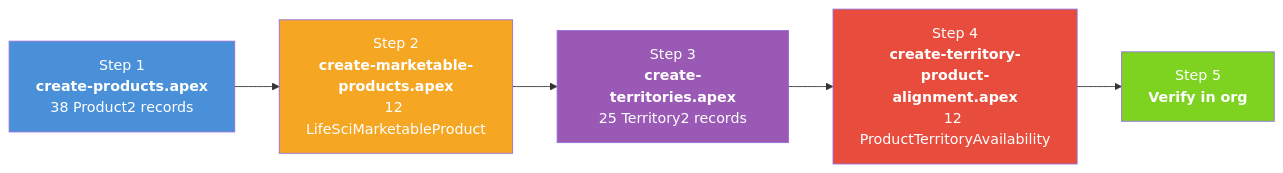
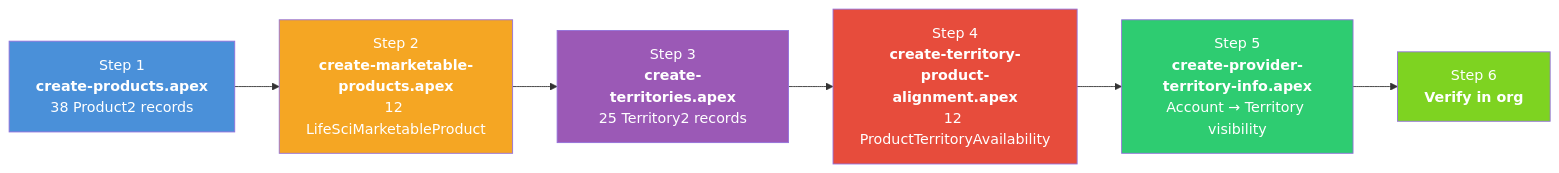
Before and after one commit to afls-ideas/Multi-Country-Brand-Setup: the first of 5 diagrams in README-04-Data-Loading-Scripts.md, drawn with Mermaid. The commit also changed other lines of this file and 3 other files, not shown here.

First line of the commit message:
Add Provider Account Territory Info (PATI) scripts and documentation

````diff
--- a/README-04-Data-Loading-Scripts.md
+++ b/README-04-Data-Loading-Scripts.md
@@ -7,13 +7,15 @@
 ```mermaid
 flowchart LR
     S1["Step 1<br/><b>create-products.apex</b><br/>38 Product2 records"] --> S2["Step 2<br/><b>create-marketable-products.apex</b><br/>12 LifeSciMarketableProduct"]
     S2 --> S3["Step 3<br/><b>create-territories.apex</b><br/>25 Territory2 records"]
     S3 --> S4["Step 4<br/><b>create-territory-product-alignment.apex</b><br/>12 ProductTerritoryAvailability"]
-    S4 --> S5["Step 5<br/><b>Verify in org</b>"]
+    S4 --> S5["Step 5<br/><b>create-provider-territory-info.apex</b><br/>Account → Territory visibility"]
+    S5 --> S6["Step 6<br/><b>Verify in org</b>"]
 
     style S1 fill:#4a90d9,color:#fff
     style S2 fill:#f5a623,color:#fff
     style S3 fill:#9b59b6,color:#fff
     style S4 fill:#e74c3c,color:#fff
-    style S5 fill:#7ed321,color:#fff
+    style S5 fill:#2ecc71,color:#fff
+    style S6 fill:#7ed321,color:#fff
 ```
````
